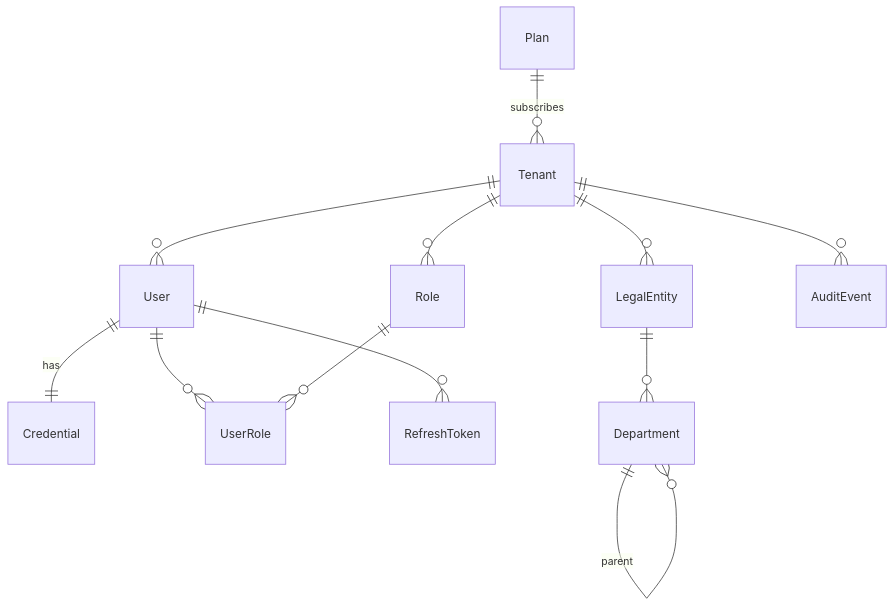
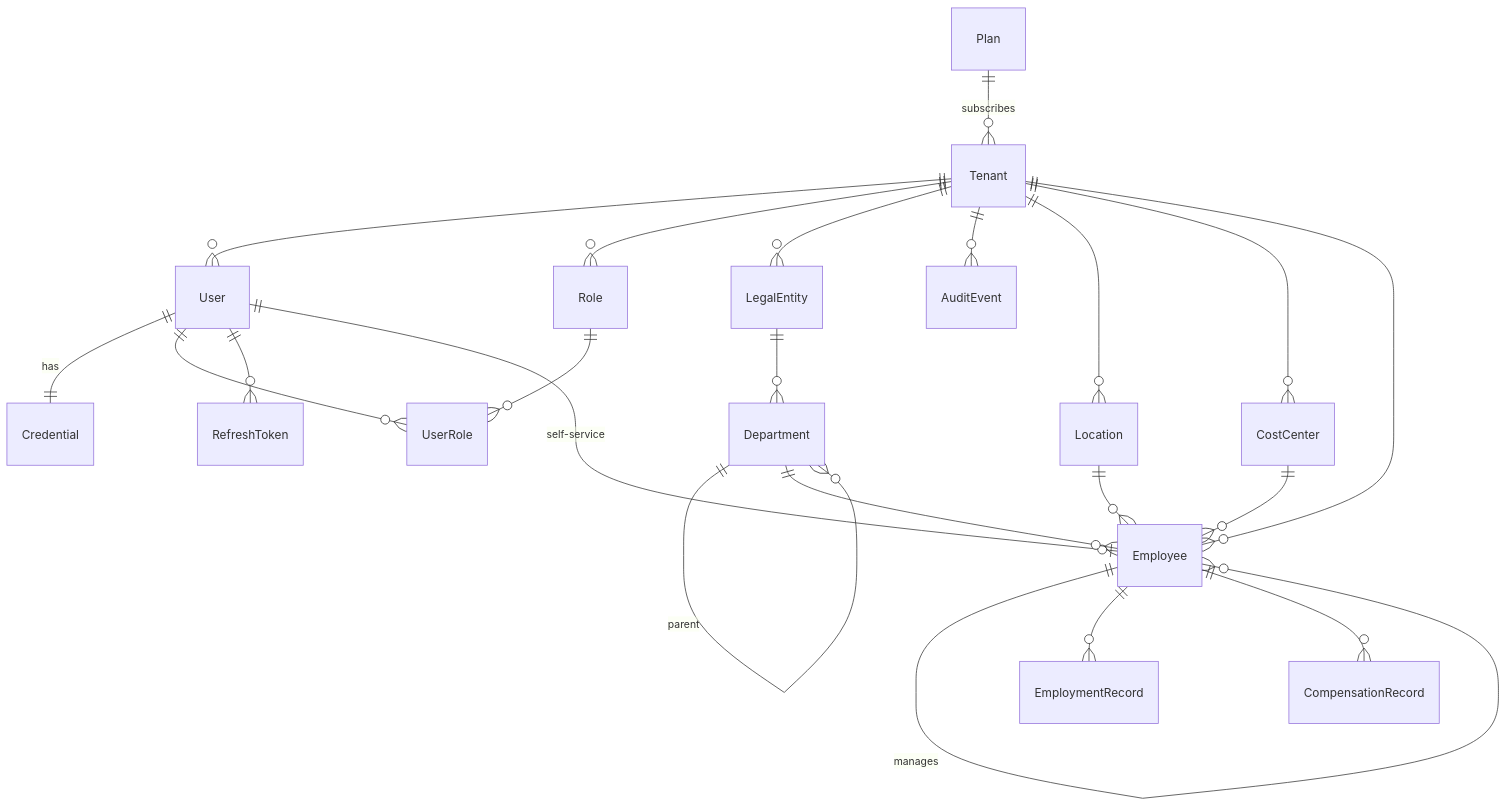
The diagram in docs/data-model.md (gutomo/payce-payroll-software), drawn with Mermaid before and after one commit. The commit also changed other lines of this file and 6 other files, not shown here.

````diff
--- a/docs/data-model.md
+++ b/docs/data-model.md
@@ -26,14 +26,24 @@
 ```mermaid
 erDiagram
   Plan ||--o{ Tenant : "subscribes"
   Tenant ||--o{ User : ""
   Tenant ||--o{ Role : ""
   Tenant ||--o{ LegalEntity : ""
   Tenant ||--o{ AuditEvent : ""
   User ||--|| Credential : "has"
   User ||--o{ UserRole : ""
   Role ||--o{ UserRole : ""
   User ||--o{ RefreshToken : ""
   LegalEntity ||--o{ Department : ""
   Department ||--o{ Department : "parent"
+  Tenant ||--o{ Location : ""
+  Tenant ||--o{ CostCenter : ""
+  Tenant ||--o{ Employee : ""
+  User ||--o| Employee : "self-service"
+  Department ||--o{ Employee : ""
+  Location ||--o{ Employee : ""
+  CostCenter ||--o{ Employee : ""
+  Employee ||--o{ Employee : "manages"
+  Employee ||--o{ EmploymentRecord : ""
+  Employee ||--o{ CompensationRecord : ""
 ```
````
